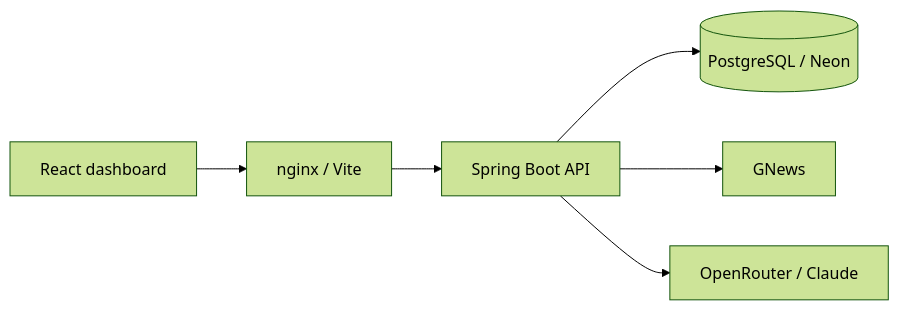
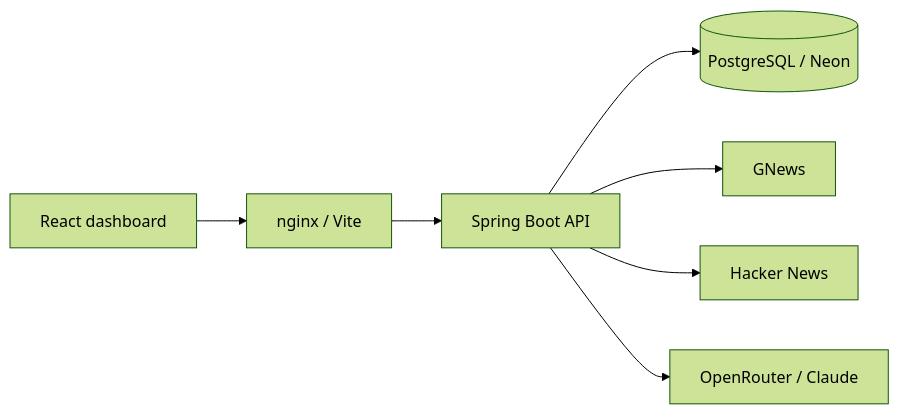
The first of 2 diagrams in README.md (ahhyang/newspulse), drawn with Mermaid (forest theme) before and after one commit. The commit also changed other lines of this file and 13 other files, not shown here.

First line of the commit message:
Add Hacker News as a second NewsSource via Algolia search.

````diff
--- a/README.md
+++ b/README.md
@@ -17,8 +17,9 @@
 ```mermaid
 flowchart LR
   Dashboard[React dashboard] --> Nginx[nginx / Vite]
   Nginx --> API[Spring Boot API]
   API --> PG[(PostgreSQL / Neon)]
   API --> GNews[GNews]
+  API --> HN[Hacker News]
   API --> OpenRouter[OpenRouter / Claude]
 ```
````
